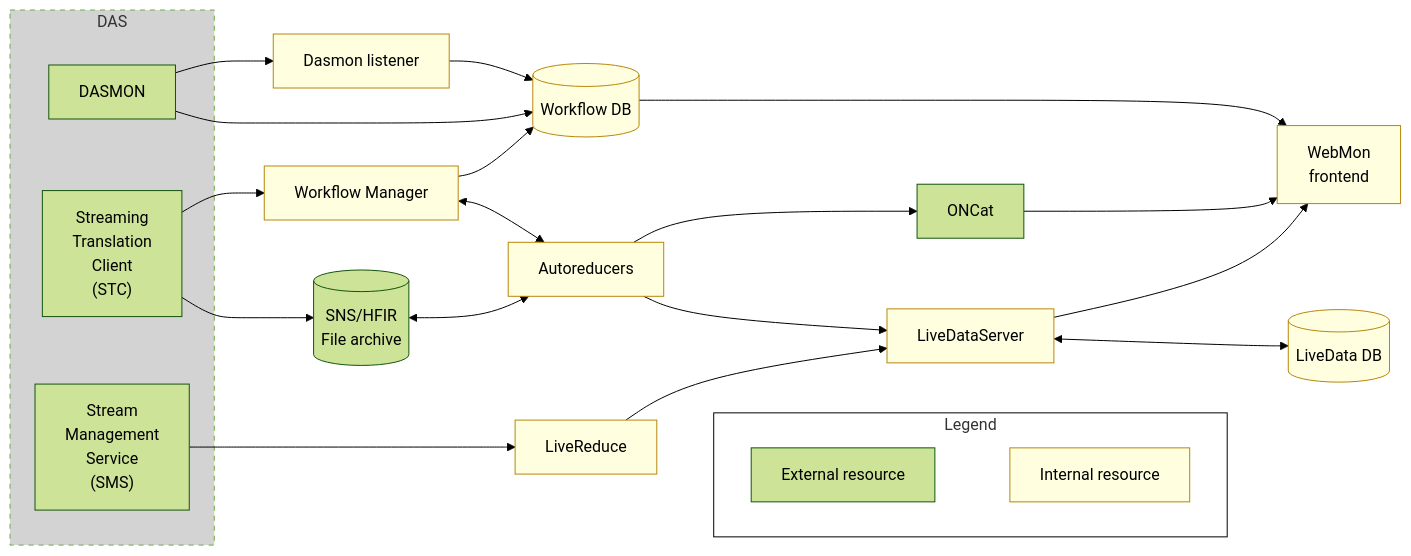
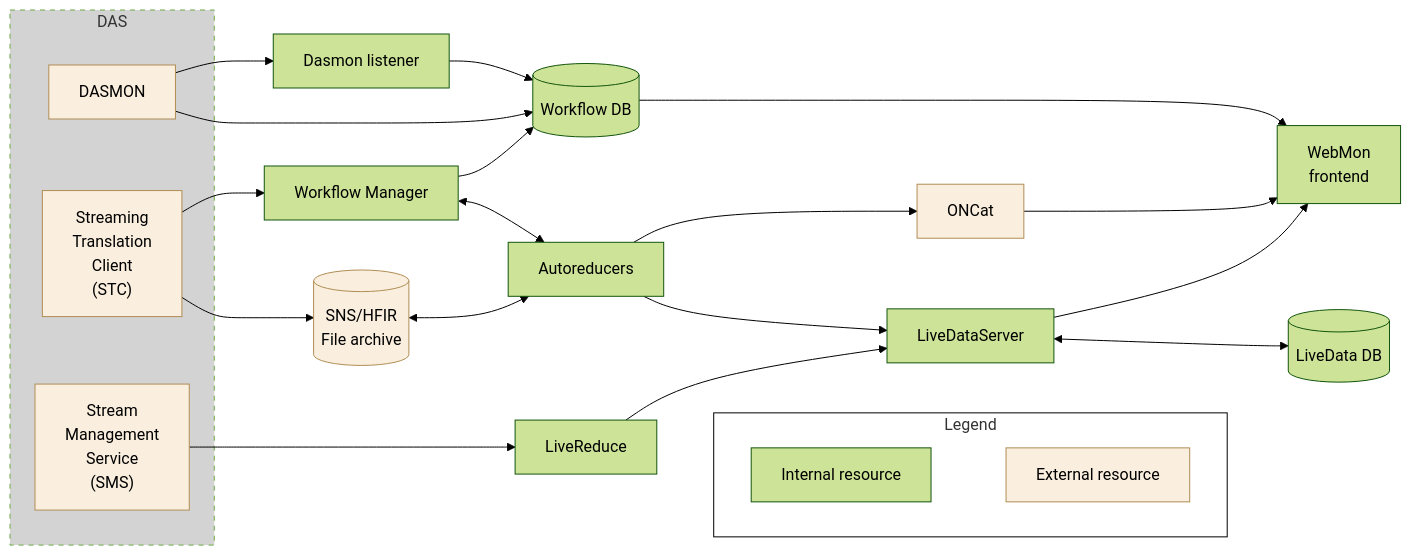
Before and after one commit to neutrons/data_workflow: the first of 2 diagrams in docs/developer/architecture/overview.rst, drawn with Mermaid (forest theme). The commit also changed other lines of this file and 1 other file, not shown here.

```diff
--- a/docs/developer/architecture/overview.rst
+++ b/docs/developer/architecture/overview.rst
@@ -16,51 +11,51 @@
 .. mermaid::
 
     flowchart LR
         FileArchive[("`SNS/HFIR
         File archive`")]
         subgraph DAS
             DASMON
             TranslationService["`Streaming
             Translation
             Client
             (STC)`"]
             SMS["`Stream
             Management
             Service
             (SMS)`"]
         end
         WorkflowManager[Workflow Manager]
         DasmonListener[Dasmon listener]
         Database[(Workflow DB)]
         Autoreducers-->ONCat
         LiveDataServer-->WebMon
         LiveDataServer<-->LiveDataDB[(LiveData DB)]
         LiveReduce
         WebMon["`WebMon
         frontend`"]
         SMS-->LiveReduce
         TranslationService-->WorkflowManager
         DASMON-->DasmonListener
         DASMON-->Database
         WorkflowManager-->Database
         WorkflowManager<-->Autoreducers
         Autoreducers-->LiveDataServer
         Database-->WebMon
         ONCat-->WebMon
         LiveReduce-->LiveDataServer
         DasmonListener-->Database
         TranslationService-->FileArchive
         FileArchive<-->Autoreducers
         style DAS fill:#D3D3D3, stroke-dasharray: 5 5
-        classDef webMonStyle fill:#FFFFE0, stroke:#B8860B
-        class WorkflowManager,DasmonListener,Database,Autoreducers,LiveDataServer,LiveReduce,WebMon,LiveDataDB webMonStyle
+        classDef externalStyle fill:#FAEFDE, stroke:#B08D55
+        class DASMON,TranslationService,SMS,FileArchive,ONCat externalStyle
 
         subgraph Legend
             direction LR
+            Internal["Internal resource"]
             External["External resource"]
-            Internal["Internal resource"]
-            External ~~~ Internal
+            Internal ~~~ External
         end
-        LiveReduce ~~~ External
+        LiveReduce ~~~ Internal
         style Legend fill:#FFFFFF,stroke:#000000
-        class Internal webMonStyle
+        class External externalStyle
```
